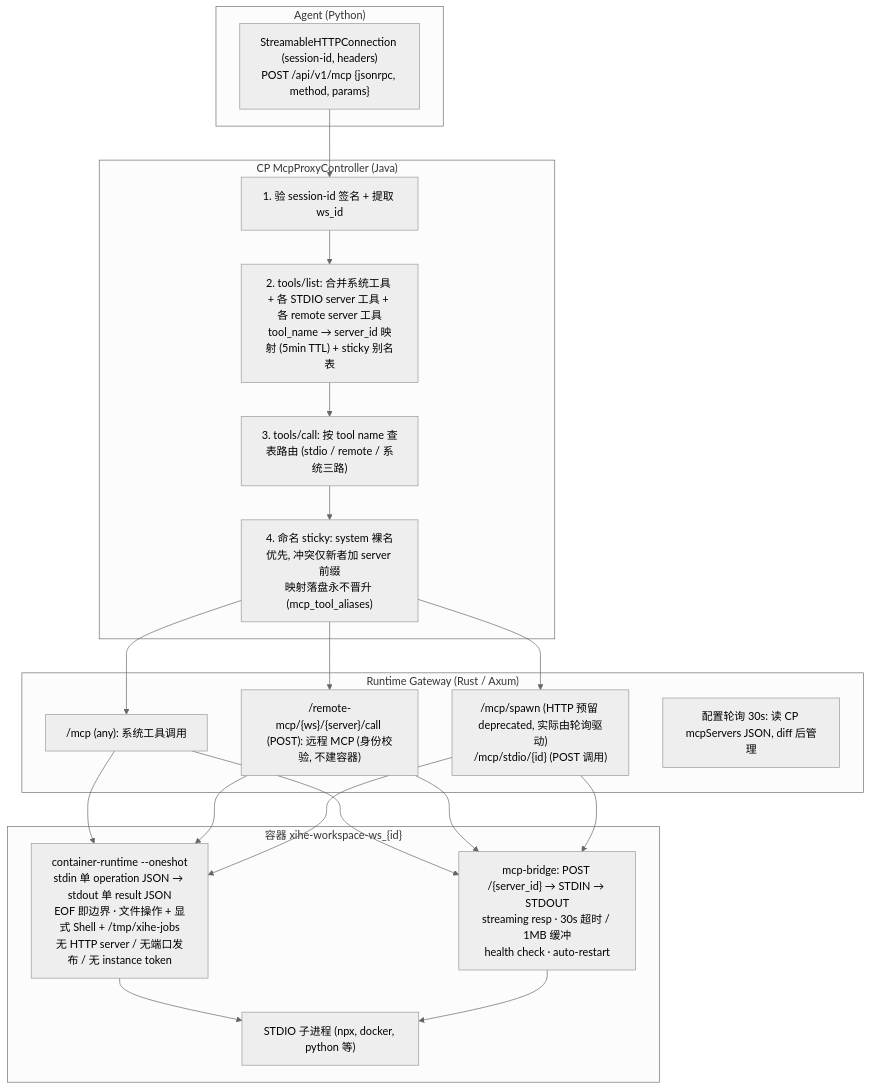
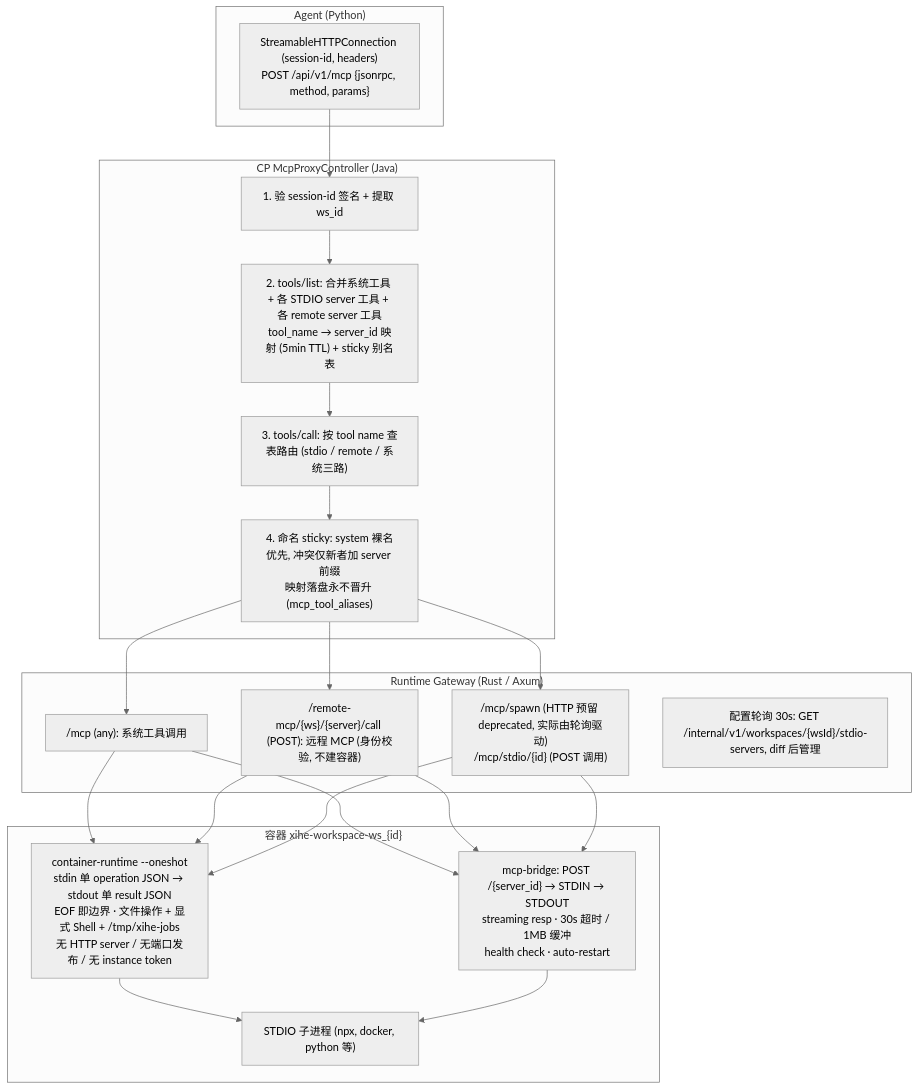
Before and after one commit to cc01cc/xihe-project: the first of 3 diagrams in docs/i18n/zh-Hans/DEV-016-mcp-architecture.md, drawn with Mermaid. The commit also changed other lines of this file and 10 other files, not shown here.

````diff
--- a/docs/i18n/zh-Hans/DEV-016-mcp-architecture.md
+++ b/docs/i18n/zh-Hans/DEV-016-mcp-architecture.md
@@ -27,25 +27,25 @@
 ```mermaid
 %%{init: {'theme': 'neutral'}}%%
 flowchart TD
     subgraph AG["Agent (Python)"]
         A1["StreamableHTTPConnection (session-id, headers)<br/>POST /api/v1/mcp {jsonrpc, method, params}"]
     end
     subgraph CP["CP McpProxyController (Java)"]
         C1["1. 验 session-id 签名 + 提取 ws_id"]
         C2["2. tools/list: 合并系统工具 + 各 STDIO server 工具 + 各 remote server 工具<br/>tool_name → server_id 映射 (5min TTL) + sticky 别名表"]
         C3["3. tools/call: 按 tool name 查表路由 (stdio / remote / 系统三路)"]
         C4["4. 命名 sticky: system 裸名优先, 冲突仅新者加 server 前缀<br/>映射落盘永不晋升 (mcp_tool_aliases)"]
     end
     subgraph GW["Runtime Gateway (Rust / Axum)"]
         G1["/mcp (any): 系统工具调用"]
         G2["/remote-mcp/{ws}/{server}/call (POST): 远程 MCP (身份校验, 不建容器)"]
         G3["/mcp/spawn (HTTP 预留 deprecated, 实际由轮询驱动)<br/>/mcp/stdio/{id} (POST 调用)"]
-        G4["配置轮询 30s: 读 CP mcpServers JSON, diff 后管理"]
+        G4["配置轮询 30s: GET /internal/v1/workspaces/{wsId}/stdio-servers, diff 后管理"]
     end
     subgraph SB["容器 xihe-workspace-ws_{id}"]
         S1["container-runtime --oneshot<br/>stdin 单 operation JSON → stdout 单 result JSON<br/>EOF 即边界 · 文件操作 + 显式 Shell + /tmp/xihe-jobs<br/>无 HTTP server / 无端口发布 / 无 instance token"]
         S2["mcp-bridge: POST /{server_id} → STDIN → STDOUT<br/>streaming resp · 30s 超时 / 1MB 缓冲<br/>health check · auto-restart"]
         S3["STDIO 子进程 (npx, docker, python 等)"]
     end
     A1 --> C1 --> C2 --> C3 --> C4 --> G1 & G2 & G3 --> S1 & S2 --> S3
 ```
````
